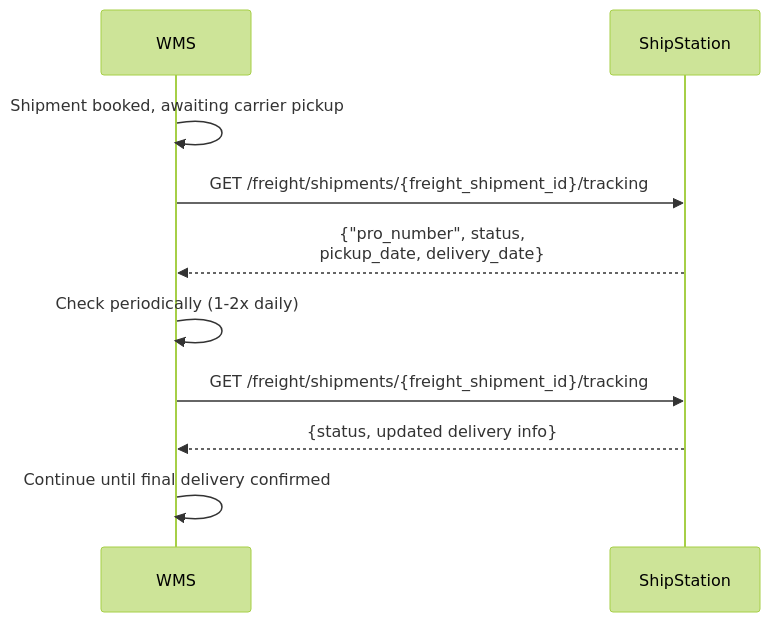
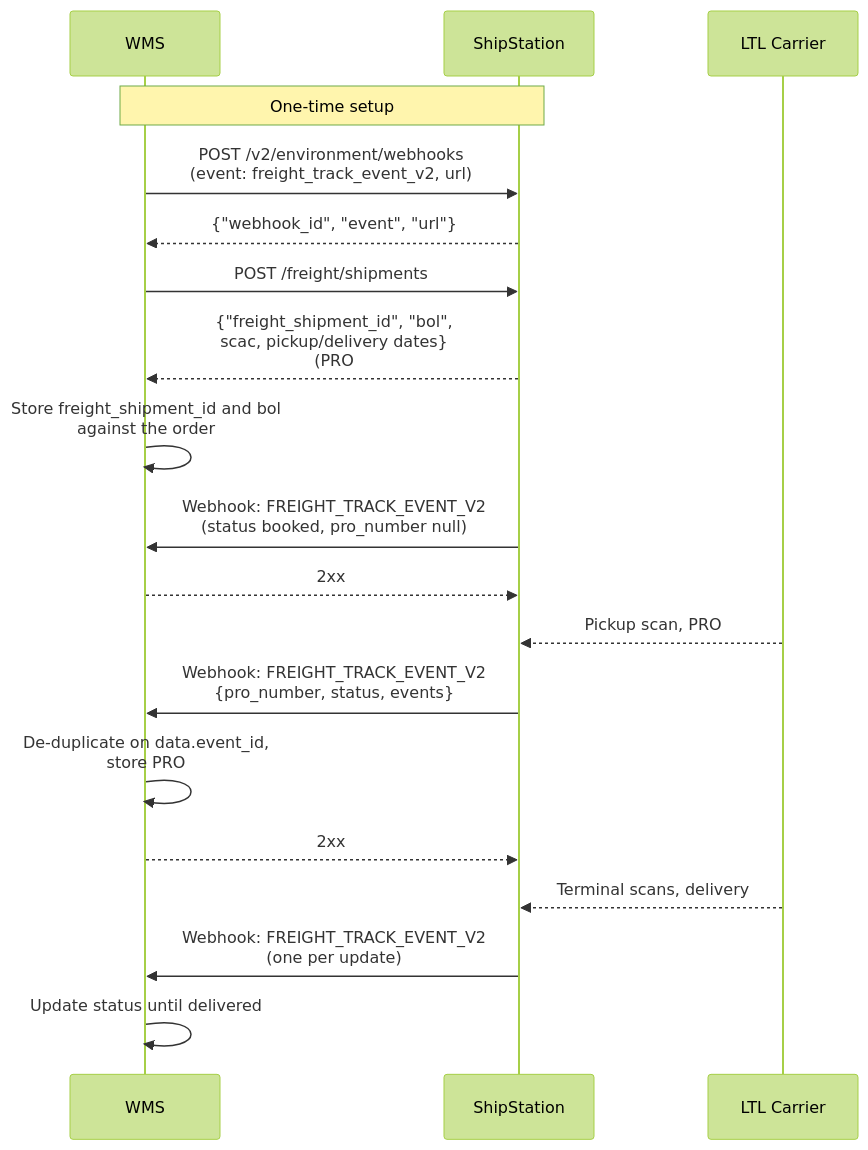
One commit to pmcgee-personal/shipstation-integration-toolkit changed the diagram in patterns/freight/pro-number-retrieval-tracking.md. Above: the diagram before and after it, drawn with Mermaid (forest theme). The commit also changed other lines of this file and 6 other files, not shown here.

Commit message:
Add freight webhooks. Update freight API flow to retrieve pro number from webhook

````diff
--- a/patterns/freight/pro-number-retrieval-tracking.md
+++ b/patterns/freight/pro-number-retrieval-tracking.md
@@ -9,16 +11,26 @@
 ```mermaid
 sequenceDiagram
     participant WMS as WMS
     participant SS as ShipStation
+    participant Car as LTL Carrier
 
-    WMS->>WMS: Shipment booked, awaiting carrier pickup
+    Note over WMS,SS: One-time setup
+    WMS->>SS: POST /v2/environment/webhooks<br/>(event: freight_track_event_v2, url)
+    SS-->>WMS: {"webhook_id", "event", "url"}
 
-    WMS->>SS: GET /freight/shipments/{freight_shipment_id}/tracking
-    SS-->>WMS: {"pro_number", status,<br/>pickup_date, delivery_date}
+    WMS->>SS: POST /freight/shipments
+    SS-->>WMS: {"freight_shipment_id", "bol",<br/>scac, pickup/delivery dates}<br/>(PRO# may be null)
+    WMS->>WMS: Store freight_shipment_id and bol<br/>against the order
 
-    WMS->>WMS: Check periodically (1-2x daily)
-    WMS->>SS: GET /freight/shipments/{freight_shipment_id}/tracking
-    SS-->>WMS: {status, updated delivery info}
+    SS->>WMS: Webhook: FREIGHT_TRACK_EVENT_V2<br/>(status booked, pro_number null)
+    WMS-->>SS: 2xx
 
-    WMS->>WMS: Continue until final delivery confirmed
+    Car-->>SS: Pickup scan, PRO# assigned
+    SS->>WMS: Webhook: FREIGHT_TRACK_EVENT_V2<br/>{pro_number, status, events}
+    WMS->>WMS: De-duplicate on data.event_id,<br/>store PRO# against the order
+    WMS-->>SS: 2xx
+
+    Car-->>SS: Terminal scans, delivery
+    SS->>WMS: Webhook: FREIGHT_TRACK_EVENT_V2<br/>(one per update)
+    WMS->>WMS: Update status until delivered
 ```
````
